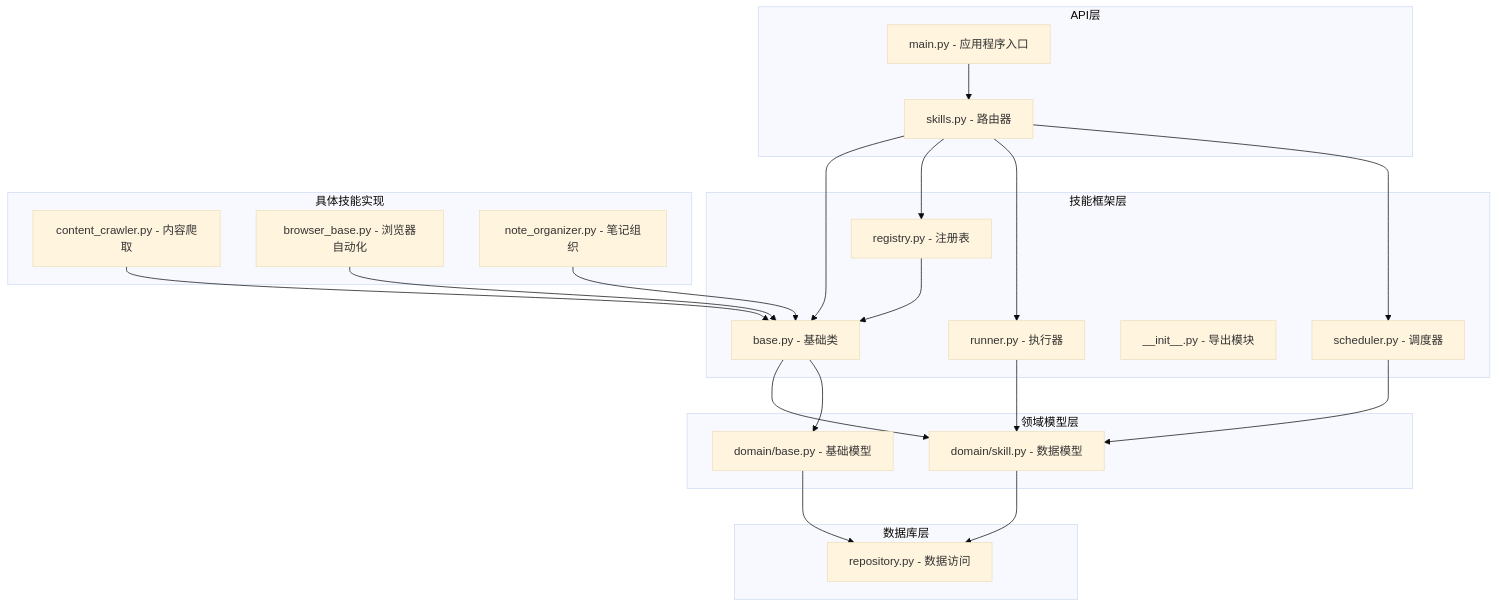
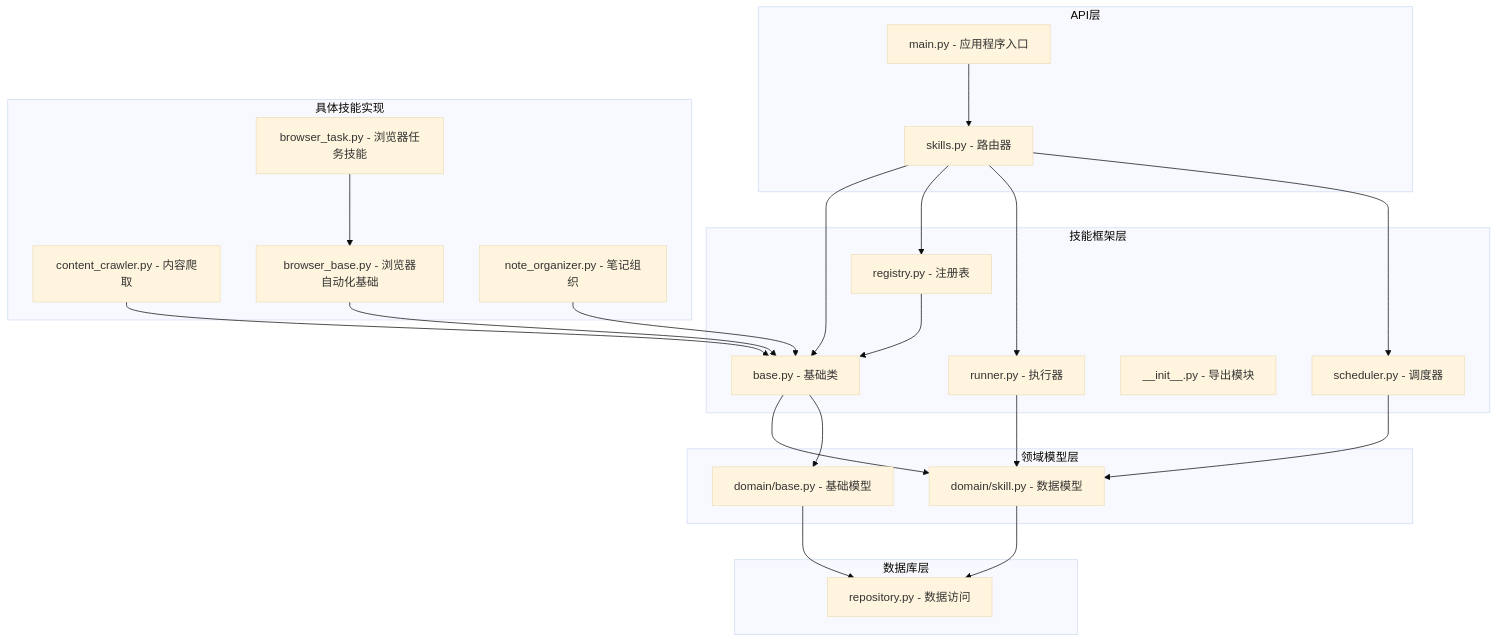
One commit to jackeyunjie/open-notebook changed the first of 16 diagrams in .qoder/repowiki/zh/content/API参考文档/技能系统API.md. Above: the diagram before and after it, drawn with Mermaid (base theme). The commit also changed other lines of this file and 11 other files, not shown here.

````diff
--- a/.qoder/repowiki/zh/content/API参考文档/技能系统API.md
+++ b/.qoder/repowiki/zh/content/API参考文档/技能系统API.md
@@ -58,41 +61,43 @@
 ```mermaid
 graph TB
 subgraph "API层"
 A[skills.py - 路由器]
 B[main.py - 应用程序入口]
 end
 subgraph "技能框架层"
 C[base.py - 基础类]
 D[registry.py - 注册表]
 E[runner.py - 执行器]
 F[__init__.py - 导出模块]
 G[scheduler.py - 调度器]
 end
 subgraph "领域模型层"
 H[domain/skill.py - 数据模型]
 I[domain/base.py - 基础模型]
 end
 subgraph "具体技能实现"
 J[content_crawler.py - 内容爬取]
-K[browser_base.py - 浏览器自动化]
-L[note_organizer.py - 笔记组织]
+K[browser_base.py - 浏览器自动化基础]
+L[browser_task.py - 浏览器任务技能]
+M[note_organizer.py - 笔记组织]
 end
 subgraph "数据库层"
-M[repository.py - 数据访问]
+N[repository.py - 数据访问]
 end
 A --> C
 A --> D
 A --> E
 A --> G
 B --> A
 C --> H
 C --> I
 D --> C
 E --> H
 G --> H
-H --> M
-I --> M
+H --> N
+I --> N
 J --> C
 K --> C
-L --> C
+L --> K
+M --> C
 ```
````
